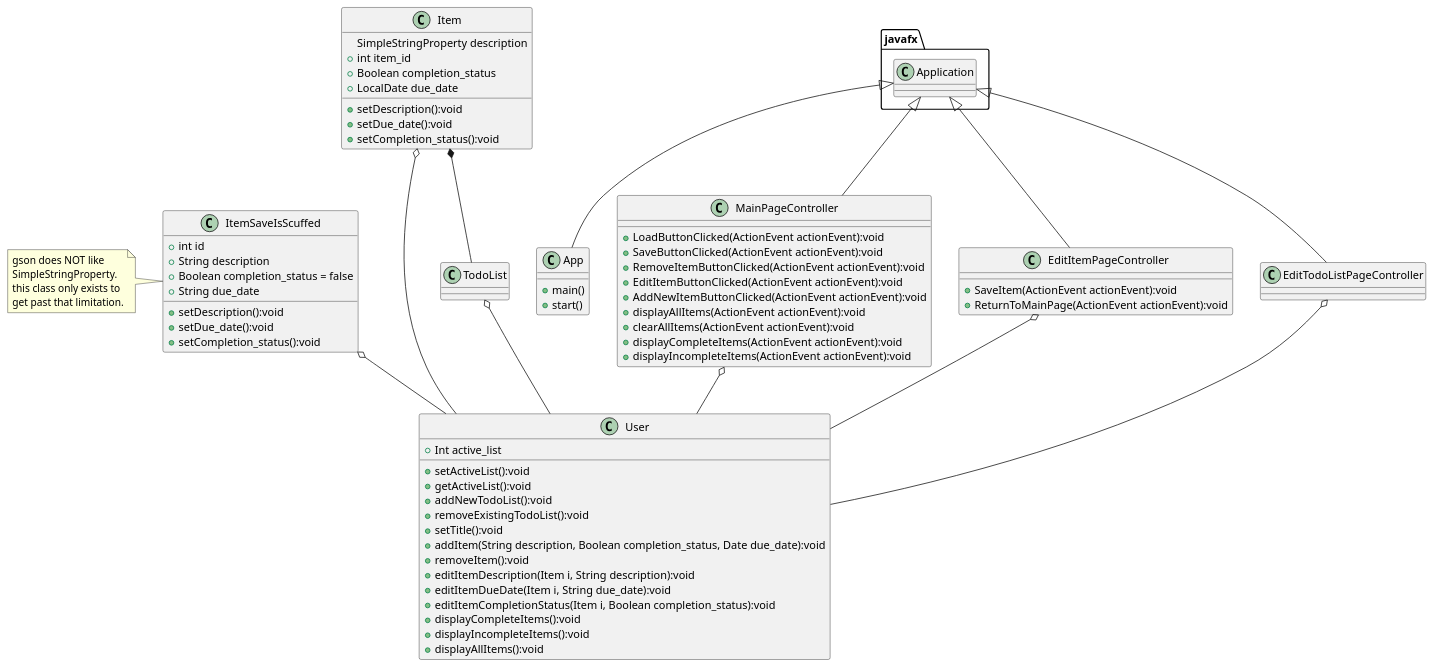
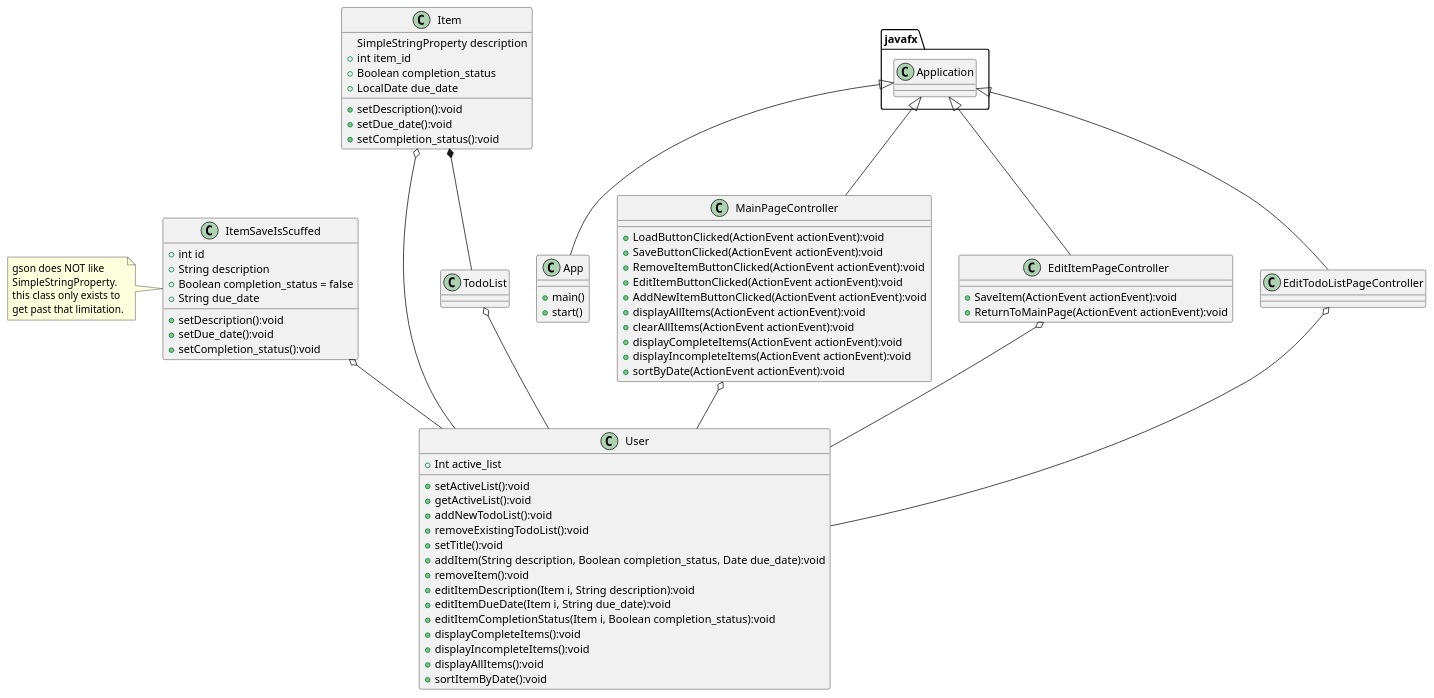
Before and after one commit to Andrew-Shepard/shepard-cop3330-assignment4part2: the diagram in uml/Assigment4Diagram.puml, drawn with PlantUML. The commit also changed 4 other files, not shown here.

```diff
--- a/uml/Assigment4Diagram.puml
+++ b/uml/Assigment4Diagram.puml
@@ -1,70 +1,72 @@
 @startuml
 'https://plantuml.com/class-diagram
 class App{
     +main()
     +start()
 }
 class Item {
     SimpleStringProperty description
     +int item_id
     +Boolean completion_status
     +LocalDate due_date
     +setDescription():void
     +setDue_date():void
     +setCompletion_status():void
 }
 class User {
     +Int active_list
     +setActiveList():void
     +getActiveList():void
     +addNewTodoList():void
     +removeExistingTodoList():void
     +setTitle():void
     +addItem(String description, Boolean completion_status, Date due_date):void
     +removeItem():void
     +editItemDescription(Item i, String description):void
     +editItemDueDate(Item i, String due_date):void
     +editItemCompletionStatus(Item i, Boolean completion_status):void
     +displayCompleteItems():void
     +displayIncompleteItems():void
     +displayAllItems():void
+    +sortItemByDate():void
 }
 class MainPageController{
     +LoadButtonClicked(ActionEvent actionEvent):void
     +SaveButtonClicked(ActionEvent actionEvent):void
     +RemoveItemButtonClicked(ActionEvent actionEvent):void
     +EditItemButtonClicked(ActionEvent actionEvent):void
     +AddNewItemButtonClicked(ActionEvent actionEvent):void
     +displayAllItems(ActionEvent actionEvent):void
     +clearAllItems(ActionEvent actionEvent):void
     +displayCompleteItems(ActionEvent actionEvent):void
     +displayIncompleteItems(ActionEvent actionEvent):void
+    +sortByDate(ActionEvent actionEvent):void
 }
 class EditItemPageController{
     +SaveItem(ActionEvent actionEvent):void
     +ReturnToMainPage(ActionEvent actionEvent):void
 }
 
 class ItemSaveIsScuffed{
     +int id
     +String description
     +Boolean completion_status = false
     +String due_date
     +setDescription():void
     +setDue_date():void
     +setCompletion_status():void
 }
 note left: gson does NOT like\nSimpleStringProperty.\nthis class only exists to\nget past that limitation.
 javafx.Application <|-- App
 javafx.Application <|-- MainPageController
 javafx.Application <|-- EditItemPageController
 javafx.Application <|-- EditTodoListPageController
 MainPageController o-- User
 EditItemPageController o-- User
 EditTodoListPageController o-- User
 ItemSaveIsScuffed o-- User
 Item o-- User
 TodoList o-- User
 Item *-- TodoList
 
 @enduml
```
